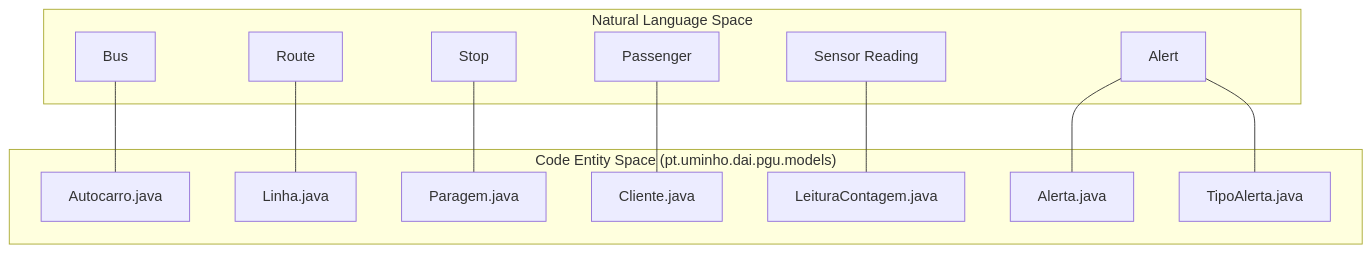
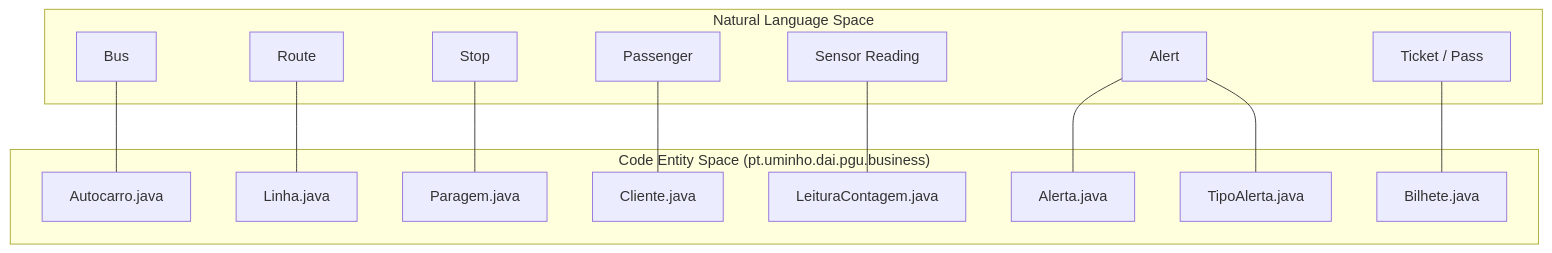
The first of 3 diagrams in Wiki/06-Modelos-de-Dominio.md (afonso4machado-a11y/pgu-tub-dai), drawn with Mermaid before and after one commit. The commit also changed other lines of this file and 148 other files, not shown here.

Commit message:
feat: update dashboard analytics, refactor backend architecture, add Wiki and frontend improvements

````diff
--- a/Wiki/06-Modelos-de-Dominio.md
+++ b/Wiki/06-Modelos-de-Dominio.md
@@ -13,29 +13,32 @@
 ```mermaid
 graph TD
-    subgraph "Natural Language Space"
-        A_NL["Bus"]
-        L_NL["Route"]
-        S_NL["Stop"]
-        U_NL["Passenger"]
-        R_NL["Sensor Reading"]
-        AL_NL["Alert"]
-    end
+ subgraph "Natural Language Space"
+ A_NL["Bus"]
+ L_NL["Route"]
+ S_NL["Stop"]
+ U_NL["Passenger"]
+ R_NL["Sensor Reading"]
+ AL_NL["Alert"]
+ B_NL["Ticket / Pass"]
+ end
 
-    subgraph "Code Entity Space (pt.uminho.dai.pgu.models)"
-        A_CE["Autocarro.java"]
-        L_CE["Linha.java"]
-        S_CE["Paragem.java"]
-        U_CE["Cliente.java"]
-        R_CE["LeituraContagem.java"]
-        AL_CE["Alerta.java"]
-        T_CE["TipoAlerta.java"]
-    end
+ subgraph "Code Entity Space (pt.uminho.dai.pgu.business)"
+ A_CE["Autocarro.java"]
+ L_CE["Linha.java"]
+ S_CE["Paragem.java"]
+ U_CE["Cliente.java"]
+ R_CE["LeituraContagem.java"]
+ AL_CE["Alerta.java"]
+ T_CE["TipoAlerta.java"]
+ B_CE["Bilhete.java"]
+ end
 
-    A_NL --- A_CE
-    L_NL --- L_CE
-    S_NL --- S_CE
-    U_NL --- U_CE
-    R_NL --- R_CE
-    AL_NL --- AL_CE
-    AL_NL --- T_CE
+ A_NL --- A_CE
+ L_NL --- L_CE
+ S_NL --- S_CE
+ U_NL --- U_CE
+ R_NL --- R_CE
+ AL_NL --- AL_CE
+ AL_NL --- T_CE
+ B_NL --- B_CE
 ```
````
